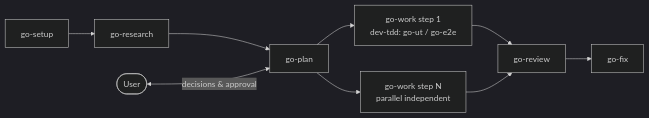
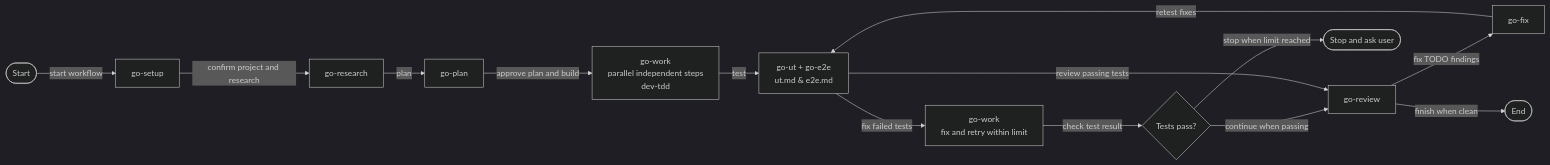
The diagram in docs/go-flow.md (le0u0/just-do-it), drawn with Mermaid (dark theme) before and after one commit. The commit also changed other lines of this file and 31 other files, not shown here.

Commit message:
feat: configure test retries and streamline workflow

````diff
--- a/docs/go-flow.md
+++ b/docs/go-flow.md
@@ -5,11 +7,16 @@
 ```mermaid
 flowchart LR
-    S[go-setup] --> R[go-research]
-    R --> P[go-plan]
-    U([User]) <-->|decisions & approval| P
-    P --> A[go-work step 1<br/>dev-tdd: go-ut / go-e2e]
-    P --> B[go-work step N<br/>parallel independent]
-    A --> V[go-review]
-    B --> V
-    V --> F[go-fix]
+    Start([Start]) -->|start workflow| S[go-setup]
+    S -->|confirm project and research| R[go-research]
+    R -->|plan| P[go-plan]
+    P -->|approve plan and build| A[go-work<br/>parallel independent steps<br/>dev-tdd]
+    A -->|test| T[go-ut + go-e2e<br/>ut.md & e2e.md]
+    T -->|fix failed tests| W[go-work<br/>fix and retry within limit]
+    W -->|check test result| Q{Tests pass?}
+    Q -->|continue when passing| V
+    Q -->|stop when limit reached| Stop([Stop and ask user])
+    T -->|review passing tests| V[go-review]
+    V -->|fix TODO findings| F[go-fix]
+    F -->|retest fixes| T
+    V -->|finish when clean| End([End])
 ```
````
